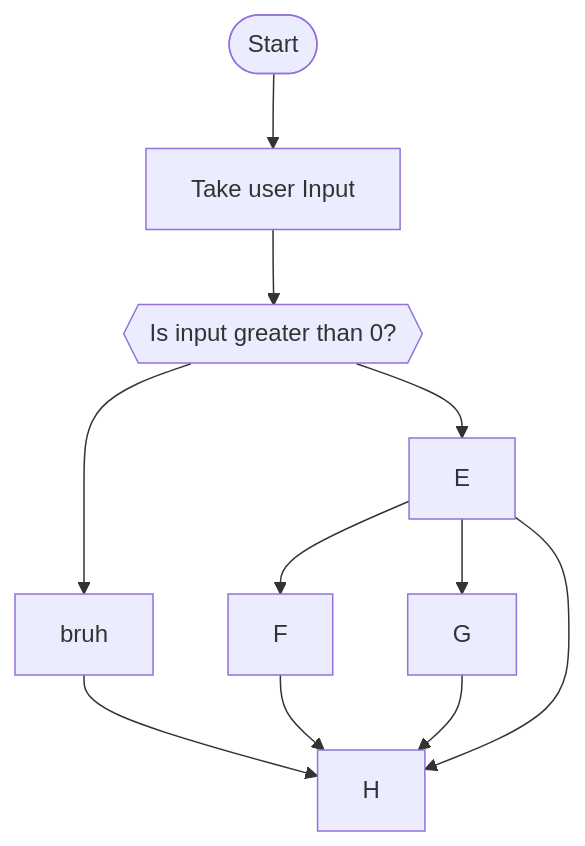
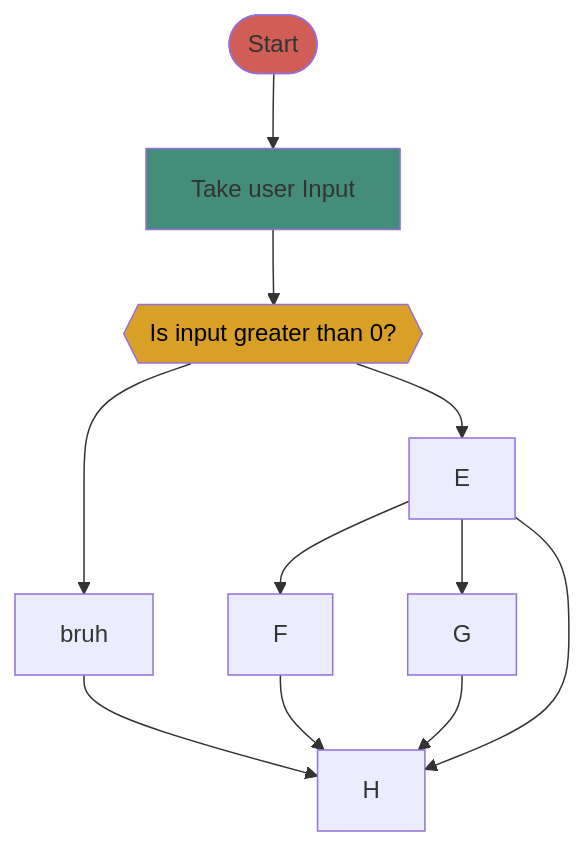
One commit to HokoraYinphineMPP/obsidian-git-sync changed the diagram in CSE 2010-12(83648)/2022-09-07 - C++ Control Flow with if-else statements.md. Above: the diagram before and after it, drawn with Mermaid.

Commit message:
vault backup: 2022-09-07 18:12:40

````diff
--- a/CSE 2010-12(83648)/2022-09-07 - C++ Control Flow with if-else statements.md
+++ b/CSE 2010-12(83648)/2022-09-07 - C++ Control Flow with if-else statements.md
@@ -83,13 +83,16 @@
 ```mermaid
 graph TD;
-    A([Start])-->B;
-    B[Take user Input]-->C;
-    C{{Is input greater than 0?}}-->D;
+    A([Start]):::Red-->B;
+    B[Take user Input]:::Green-->C;
+    C{{Is input greater than 0?}}:::Yellow-->D;
     C-->E;
     E-->F;
     E-->G;
     F-->H;
     E-->H;
     D[bruh]-->H;
     G-->H;
+	classDef Red fill:#d05e56;
+	classDef Yellow fill:#d8a027, color:#000;
+	classDef Green fill:#448d7a;
 ```
````
